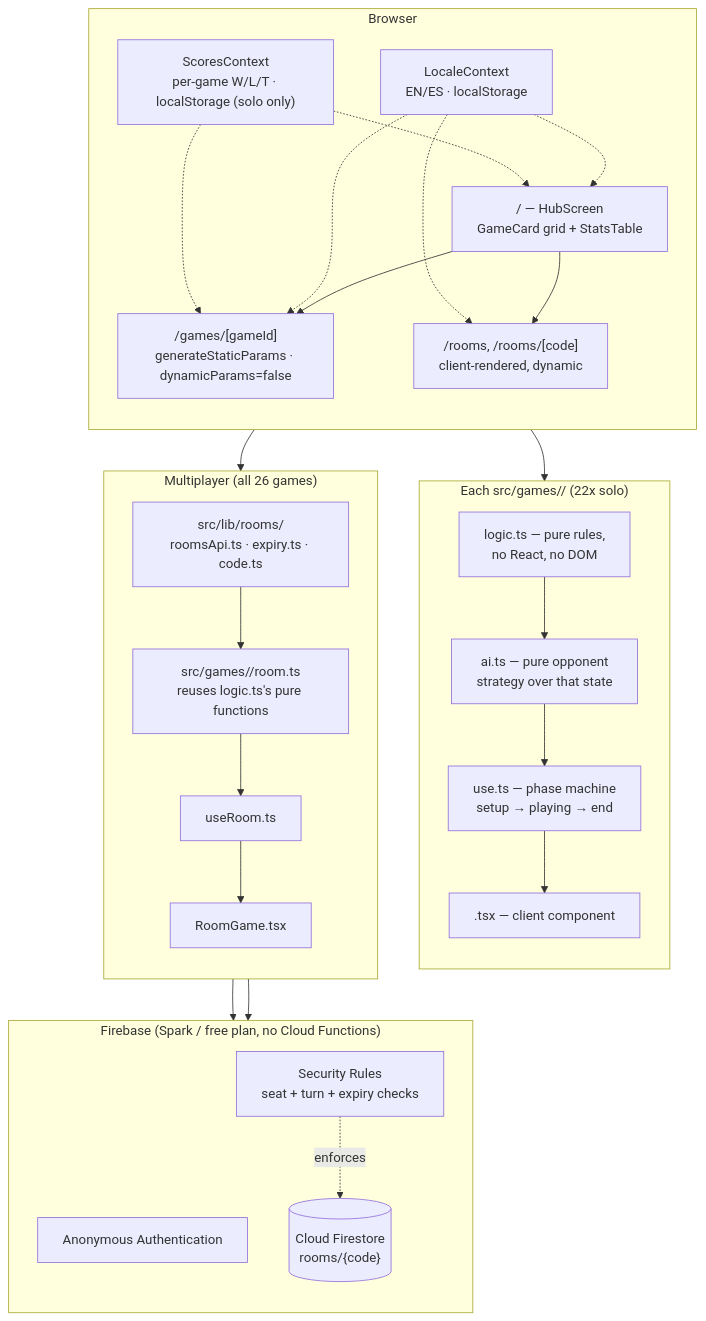
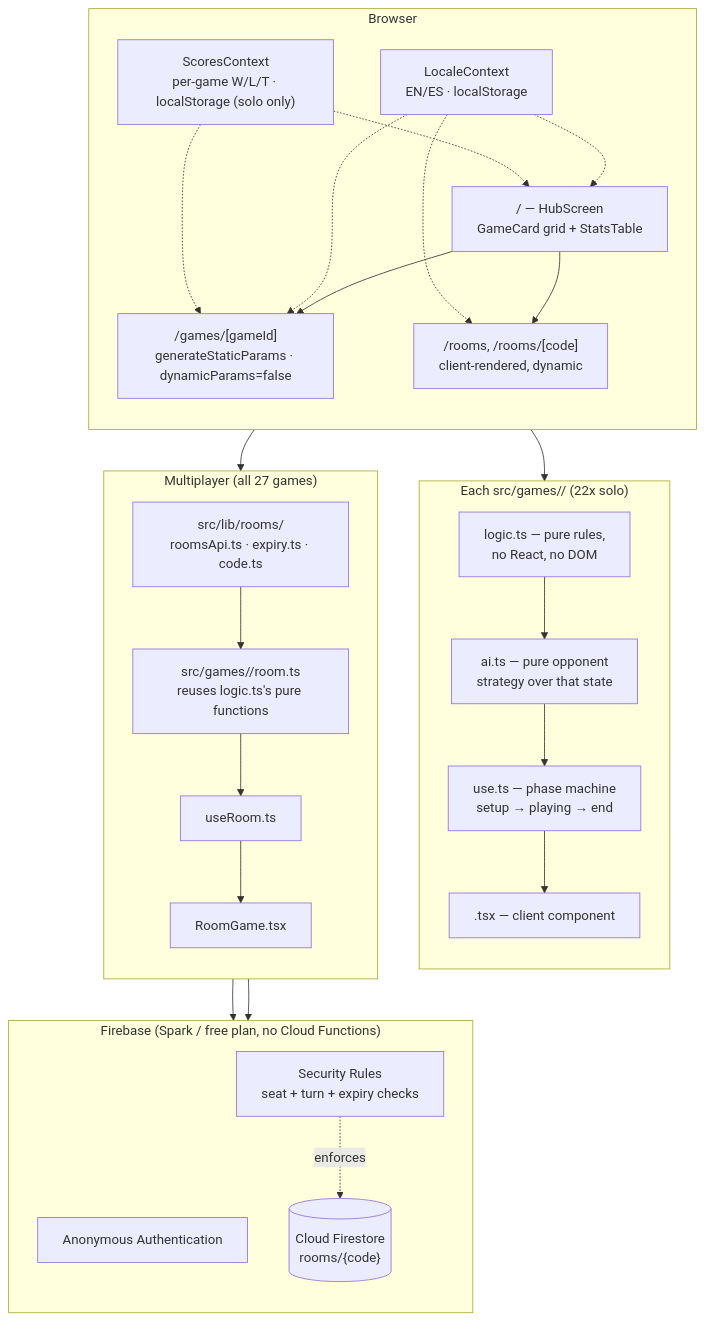
One commit to JoanOliver04/minigame-hub changed the diagram in README.md. Above: the diagram before and after it, drawn with Mermaid. The commit also changed other lines of this file and 16 other files, not shown here.

````diff
--- a/README.md
+++ b/README.md
@@ -202,50 +203,50 @@
 ```mermaid
 flowchart TB
     subgraph Browser
         direction TB
         Hub["/  — HubScreen<br/>GameCard grid + StatsTable"]
         Game["/games/[gameId]<br/>generateStaticParams · dynamicParams=false"]
         Rooms["/rooms, /rooms/[code]<br/>client-rendered, dynamic"]
         LC["LocaleContext<br/>EN/ES · localStorage"]
         SC["ScoresContext<br/>per-game W/L/T · localStorage (solo only)"]
         Hub --> Game
         Hub --> Rooms
         LC -.-> Hub
         LC -.-> Game
         LC -.-> Rooms
         SC -.-> Hub
         SC -.-> Game
     end
 
     subgraph PerGame["Each src/games/<id>/ (22x solo)"]
         direction TB
         Logic["logic.ts — pure rules,<br/>no React, no DOM"]
         AI["ai.ts — pure opponent<br/>strategy over that state"]
         Hook["use<Name>.ts — phase machine<br/>setup → playing → end"]
         View["<Name>.tsx — client component"]
         Logic --> AI --> Hook --> View
     end
 
-    subgraph RoomLayer["Multiplayer (all 26 games)"]
+    subgraph RoomLayer["Multiplayer (all 27 games)"]
         direction TB
         RoomLib["src/lib/rooms/<br/>roomsApi.ts · expiry.ts · code.ts"]
         RoomGame["src/games/<id>/room.ts<br/>reuses logic.ts's pure functions"]
         RoomHook["use<Name>Room.ts"]
         RoomView["<Name>RoomGame.tsx"]
         RoomLib --> RoomGame --> RoomHook --> RoomView
     end
 
     Game --> PerGame
     Rooms --> RoomLayer
 
     subgraph Firebase["Firebase (Spark / free plan, no Cloud Functions)"]
         direction TB
         Auth["Anonymous Authentication"]
         FS[("Cloud Firestore<br/>rooms/{code}")]
         Rules["Security Rules<br/>seat + turn + expiry checks"]
     end
 
     RoomLib --> Auth
     RoomLib --> FS
     Rules -.enforces.-> FS
 ```
````
